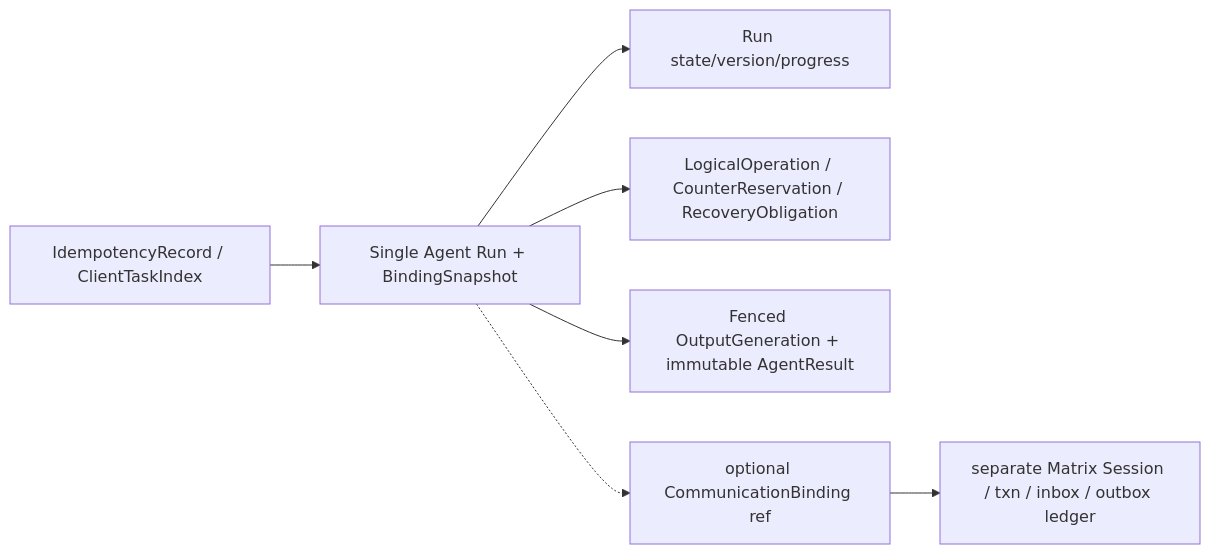
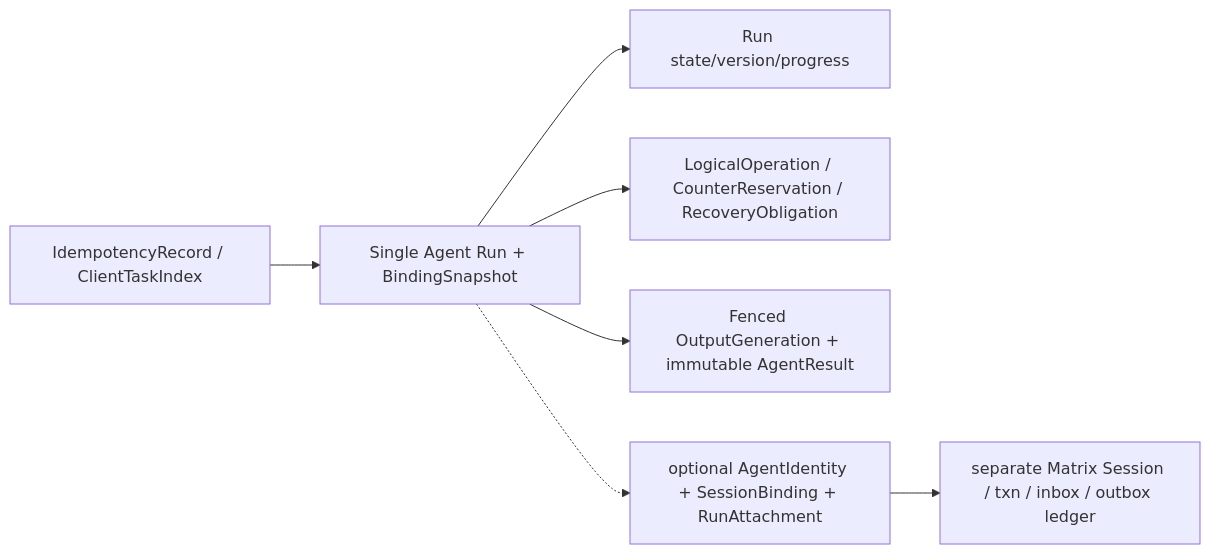
One commit to corezilla/piko changed the sixth of 6 diagrams in docs/20_system_design/piko-agent-runtime-design-v0.3.md. Above: the diagram before and after it, drawn with Mermaid. The commit also changed other lines of this file and 23 other files, not shown here.

````diff
--- a/docs/20_system_design/piko-agent-runtime-design-v0.3.md
+++ b/docs/20_system_design/piko-agent-runtime-design-v0.3.md
@@ -500,9 +504,9 @@
 ```mermaid
 flowchart LR
     I[IdempotencyRecord / ClientTaskIndex] --> R[Single Agent Run + BindingSnapshot]
     R --> E[Run state/version/progress]
     R --> O[LogicalOperation / CounterReservation / RecoveryObligation]
     R --> X[Fenced OutputGeneration + immutable AgentResult]
-    R -.-> C[optional CommunicationBinding ref]
+    R -.-> C[optional AgentIdentity + SessionBinding + RunAttachment]
     C --> M[separate Matrix Session / txn / inbox / outbox ledger]
 ```
````
